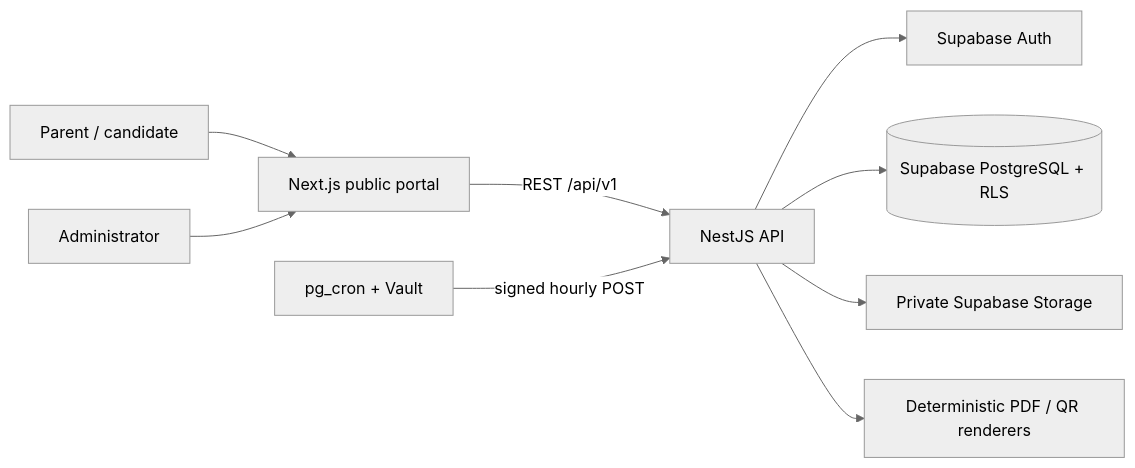
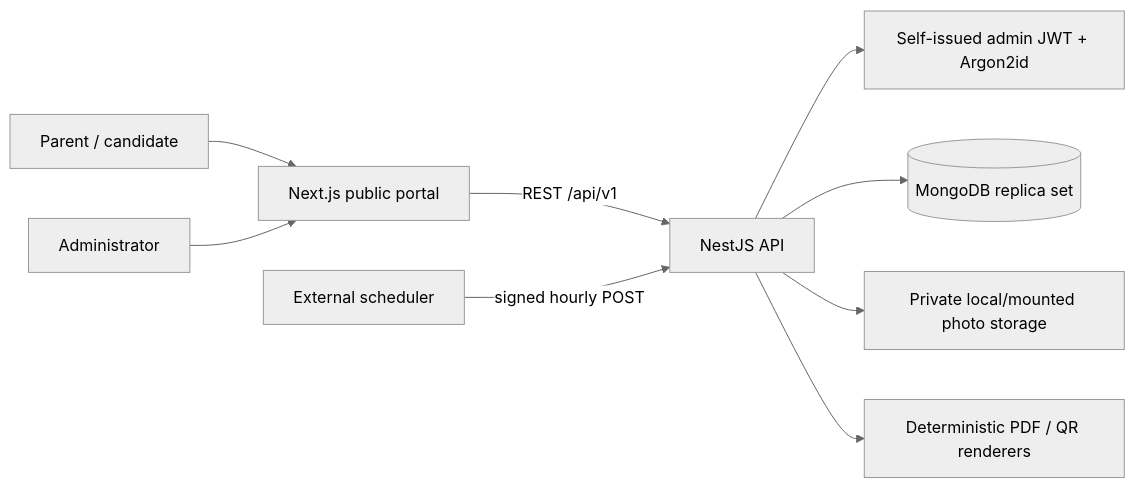
Before and after one commit to Jatin-Purbia/top-ten-certificates: the first of 4 diagrams in docs/architecture.md, drawn with Mermaid (neutral theme). The commit also changed other lines of this file and 30 other files, not shown here.

````diff
--- a/docs/architecture.md
+++ b/docs/architecture.md
@@ -3,11 +3,11 @@
 ```mermaid
 flowchart LR
   Parent[Parent / candidate] --> Web[Next.js public portal]
   Admin[Administrator] --> Web
   Web -->|REST /api/v1| API[NestJS API]
-  API --> Auth[Supabase Auth]
-  API --> DB[(Supabase PostgreSQL + RLS)]
-  API --> Storage[Private Supabase Storage]
+  API --> Auth[Self-issued admin JWT + Argon2id]
+  API --> DB[(MongoDB replica set)]
+  API --> Storage[Private local/mounted photo storage]
   API --> PDF[Deterministic PDF / QR renderers]
-  Cron[pg_cron + Vault] -->|signed hourly POST| API
+  Cron[External scheduler] -->|signed hourly POST| API
 ```
````
